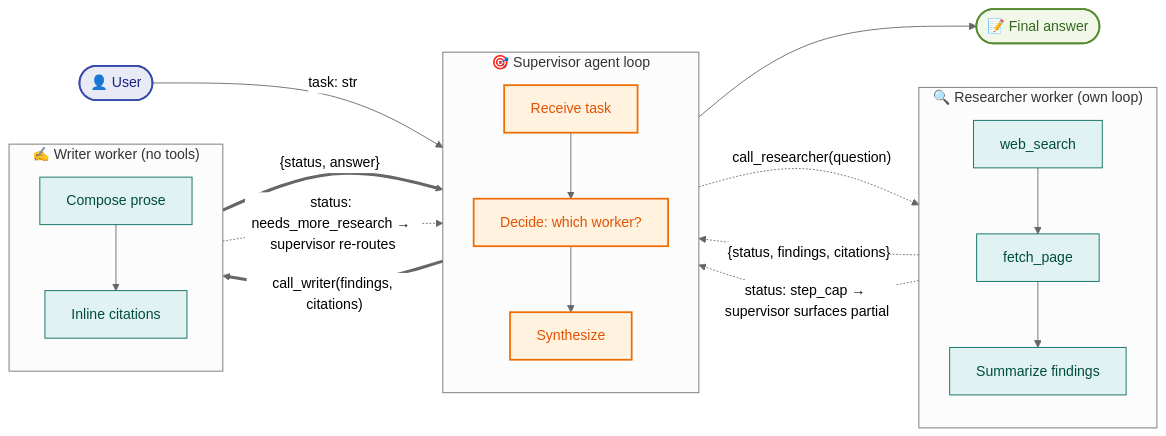
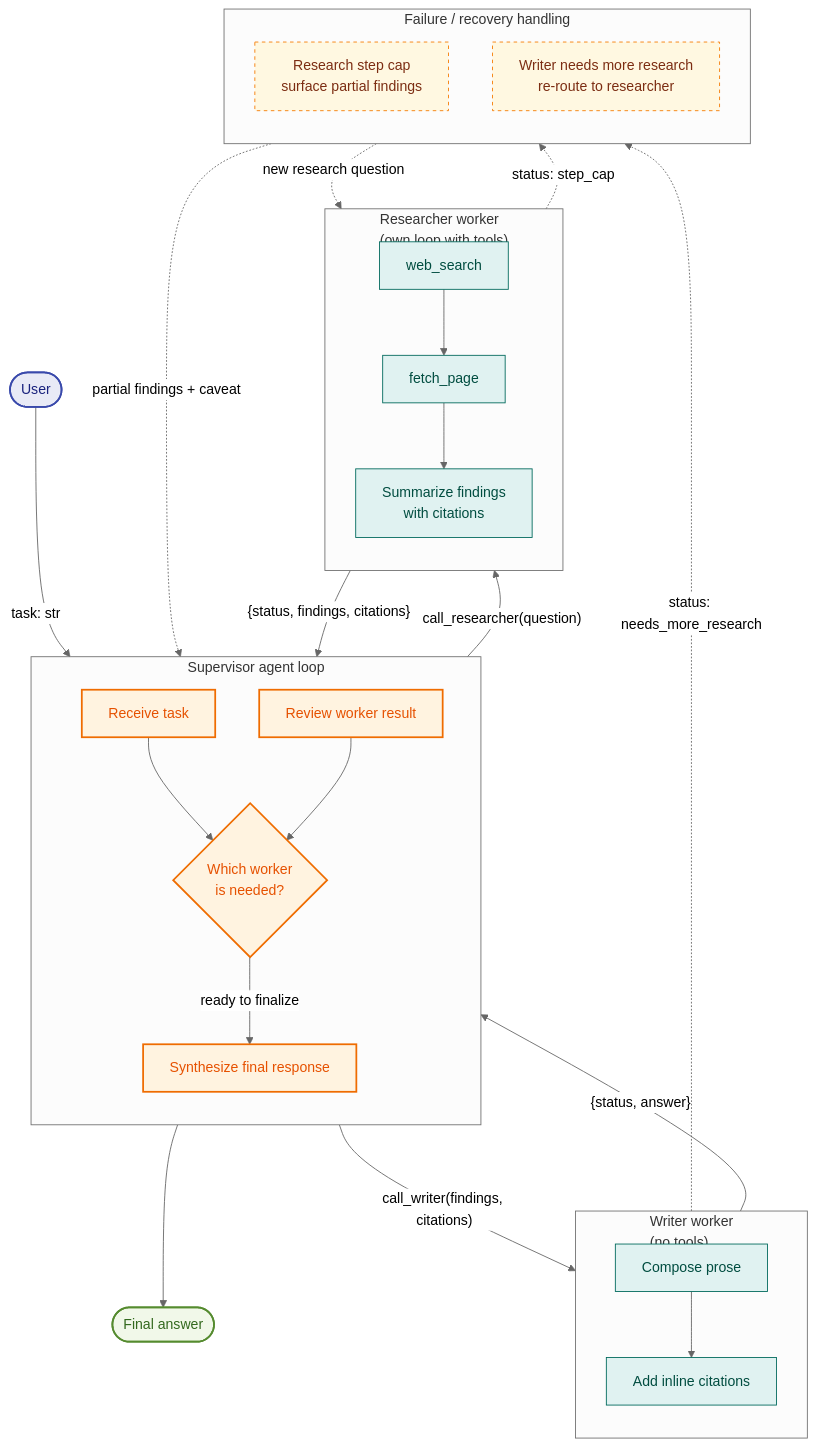
One commit to MHHamdan/Agentic-AI-Engineer changed the diagram in diagrams/supervisor-worker-flow.mmd. Above: the diagram before and after it, drawn with Mermaid (neutral theme).

Commit message:
Refactor supervisor-worker flowchart structure

```diff
--- a/diagrams/supervisor-worker-flow.mmd
+++ b/diagrams/supervisor-worker-flow.mmd
@@ -1,54 +1,67 @@
-flowchart LR
-    U(["👤 User"])
-    Final(["📝 Final answer"])
+flowchart TD
+    U(["User"])
+    Final(["Final answer"])
 
-    subgraph Supervisor["🎯 Supervisor agent loop"]
+    subgraph Supervisor["Supervisor agent loop"]
         direction TB
         S1["Receive task"]
-        S2["Decide: which worker?"]
-        S3["Synthesize"]
+        S2{"Which worker<br/>is needed?"}
+        S3["Review worker result"]
+        S4["Synthesize final response"]
+
         S1 --> S2
-        S2 --> S3
+        S3 --> S2
+        S2 -->|"ready to finalize"| S4
     end
 
-    subgraph Researcher["🔍 Researcher worker (own loop)"]
+    subgraph Researcher["Researcher worker<br/>(own loop with tools)"]
         direction TB
         R1["web_search"]
         R2["fetch_page"]
-        R3["Summarize findings"]
+        R3["Summarize findings<br/>with citations"]
+
         R1 --> R2
         R2 --> R3
     end
 
-    subgraph Writer["✍️ Writer worker (no tools)"]
+    subgraph Writer["Writer worker<br/>(no tools)"]
         direction TB
         W1["Compose prose"]
-        W2["Inline citations"]
+        W2["Add inline citations"]
+
         W1 --> W2
+    end
+
+    subgraph Recovery["Failure / recovery handling"]
+        direction TB
+        F1["Research step cap<br/>surface partial findings"]
+        F2["Writer needs more research<br/>re-route to researcher"]
     end
 
     U -->|"task: str"| S1
 
-    S2 -.->|"call_researcher(question)"| R1
-    R3 -.->|"{status, findings, citations}"| S2
+    S2 -->|"call_researcher(question)"| R1
+    R3 -->|"{status, findings, citations}"| S3
 
-    S2 ==>|"call_writer(findings, citations)"| W1
-    W2 ==>|"{status, answer}"| S3
+    S2 -->|"call_writer(findings, citations)"| W1
+    W2 -->|"{status, answer}"| S3
 
-    S3 --> Final
+    S4 --> Final
 
-    %% Failure-mode edges (dotted) — these are the paths the supervisor
-    %% takes when worker results indicate problems
-    R3 -.->|"status: step_cap → supervisor surfaces partial"| S2
-    W2 -.->|"status: needs_more_research → supervisor re-routes"| S2
+    R3 -.->|"status: step_cap"| F1
+    F1 -.->|"partial findings + caveat"| S3
 
-    %% Styling
-    classDef user fill:#e8eaf6,stroke:#3949ab,stroke-width:2px,color:#1a237e
-    classDef supervisor fill:#fff3e0,stroke:#ef6c00,stroke-width:2px,color:#e65100
-    classDef worker fill:#e0f2f1,stroke:#00695c,stroke-width:1px,color:#004d40
-    classDef terminal fill:#f1f8e9,stroke:#558b2f,stroke-width:2px,color:#33691e
+    W2 -.->|"status: needs_more_research"| F2
+    F2 -.->|"new research question"| R1
 
-    class U user
-    class S1,S2,S3 supervisor
-    class R1,R2,R3,W1,W2 worker
-    class Final terminal
+    classDef user fill:#e8eaf6,stroke:#3949ab,stroke-width:2px,color:#1a237e;
+    classDef supervisor fill:#fff3e0,stroke:#ef6c00,stroke-width:2px,color:#e65100;
+    classDef worker fill:#e0f2f1,stroke:#00695c,stroke-width:1px,color:#004d40;
+    classDef recovery fill:#fff8e1,stroke:#f57c00,stroke-width:1px,stroke-dasharray:4 4,color:#7c2d12;
+    classDef terminal fill:#f1f8e9,stroke:#558b2f,stroke-width:2px,color:#33691e;
+
+    class U user;
+    class S1,S2,S3,S4 supervisor;
+    class R1,R2,R3,W1,W2 worker;
+    class F1,F2 recovery;
+    class Final terminal;
```
